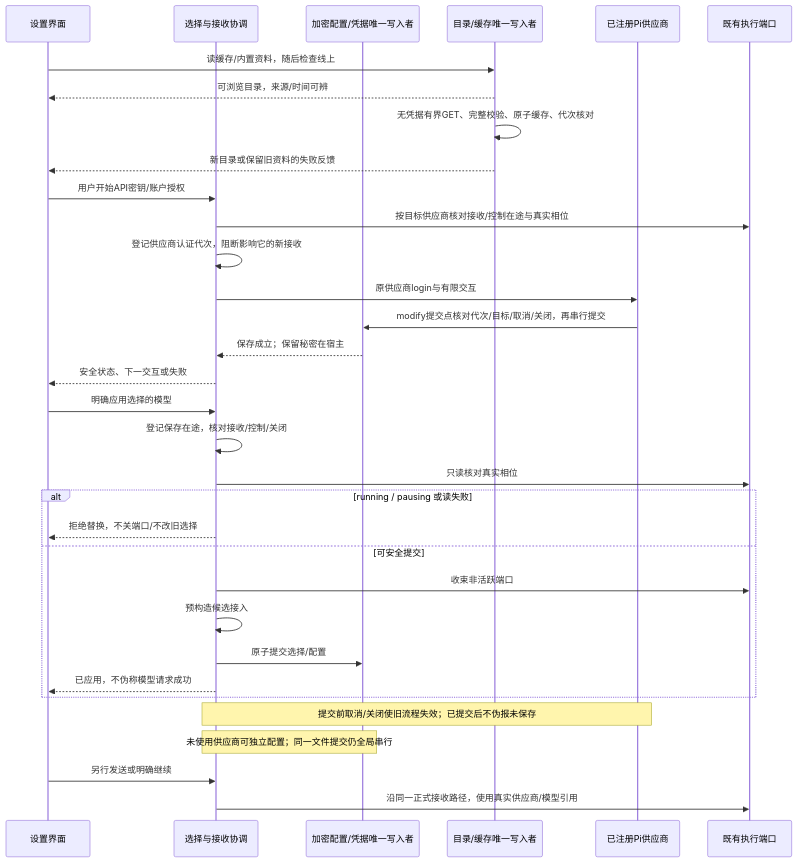
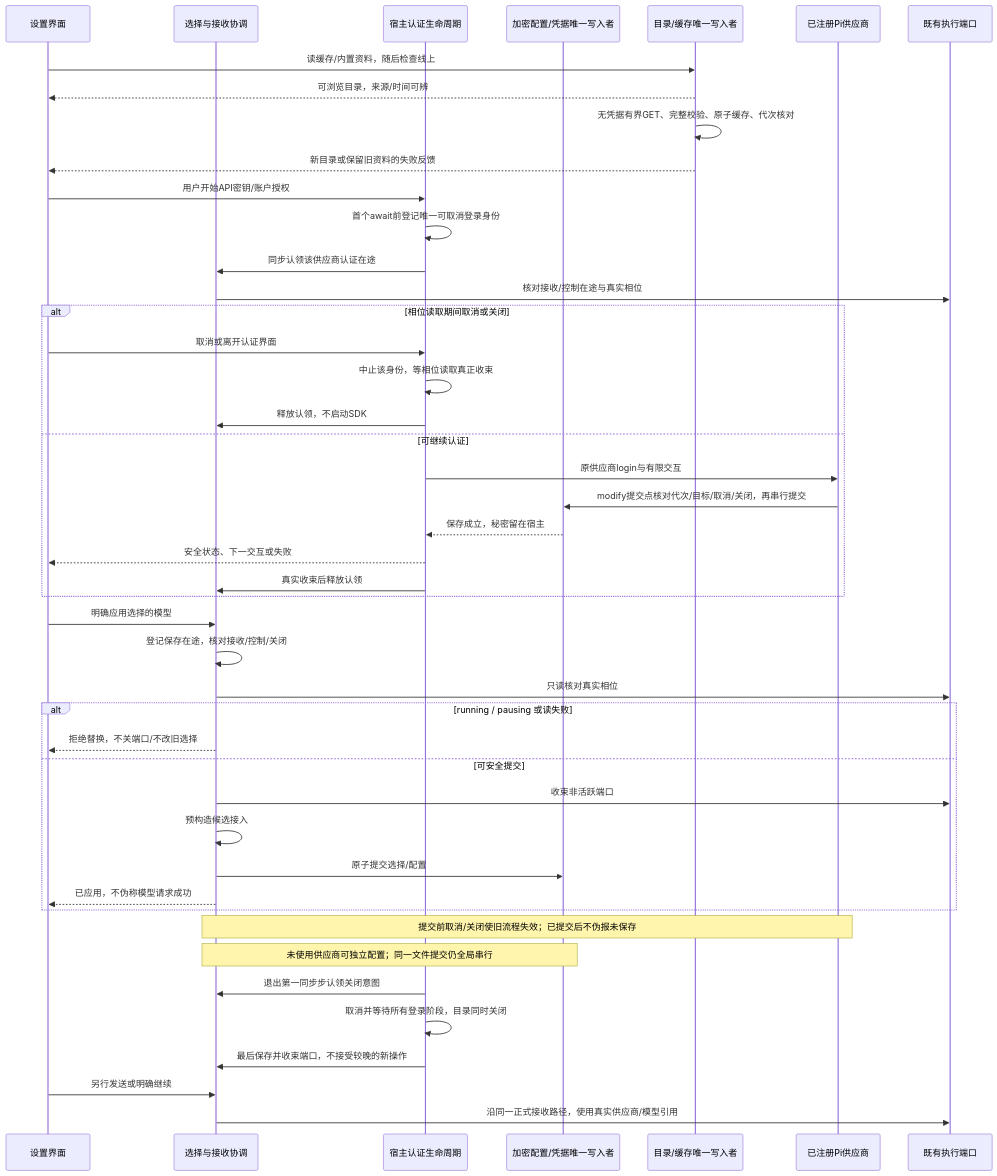
One commit to ssdiwu/dcode changed diagram 14 of 22 in doc/架构约定.md. Above: the diagram before and after it, drawn with Mermaid. The commit also changed other lines of this file and 225 other files, not shown here.

````diff
--- a/doc/架构约定.md
+++ b/doc/架构约定.md
@@ -225,35 +400,47 @@
 ```mermaid
 sequenceDiagram
     participant UI as 设置界面
     participant App as 选择与接收协调
+    participant Host as 宿主认证生命周期
     participant Cred as 加密配置/凭据唯一写入者
     participant Cat as 目录/缓存唯一写入者
     participant SDK as 已注册Pi供应商
     participant Port as 既有执行端口
     UI->>Cat: 读缓存/内置资料，随后检查线上
     Cat-->>UI: 可浏览目录，来源/时间可辨
     Cat->>Cat: 无凭据有界GET、完整校验、原子缓存、代次核对
     Cat-->>UI: 新目录或保留旧资料的失败反馈
-    UI->>App: 用户开始API密钥/账户授权
-    App->>Port: 按目标供应商核对接收/控制在途与真实相位
-    App->>App: 登记供应商认证代次，阻断影响它的新接收
-    App->>SDK: 原供应商login与有限交互
-    SDK->>Cred: modify提交点核对代次/目标/取消/关闭，再串行提交
-    Cred-->>App: 保存成立；保留秘密在宿主
-    App-->>UI: 安全状态、下一交互或失败
+    UI->>Host: 用户开始API密钥/账户授权
+    Host->>Host: 首个await前登记唯一可取消登录身份
+    Host->>App: 同步认领该供应商认证在途
+    App->>Port: 核对接收/控制在途与真实相位
+    alt 相位读取期间取消或关闭
+        UI->>Host: 取消或离开认证界面
+        Host->>Host: 中止该身份，等相位读取真正收束
+        Host->>App: 释放认领，不启动SDK
+    else 可继续认证
+        Host->>SDK: 原供应商login与有限交互
+        SDK->>Cred: modify提交点核对代次/目标/取消/关闭，再串行提交
+        Cred-->>Host: 保存成立，秘密留在宿主
+        Host-->>UI: 安全状态、下一交互或失败
+        Host->>App: 真实收束后释放认领
+    end
     UI->>App: 明确应用选择的模型
     App->>App: 登记保存在途，核对接收/控制/关闭
     App->>Port: 只读核对真实相位
     alt running / pausing 或读失败
         App-->>UI: 拒绝替换，不关端口/不改旧选择
     else 可安全提交
         App->>Port: 收束非活跃端口
         App->>App: 预构造候选接入
         App->>Cred: 原子提交选择/配置
         App-->>UI: 已应用，不伪称模型请求成功
     end
     Note over App,SDK: 提交前取消/关闭使旧流程失效；已提交后不伪报未保存
     Note over App,Cred: 未使用供应商可独立配置；同一文件提交仍全局串行
+    Host->>App: 退出第一同步步认领关闭意图
+    Host->>Host: 取消并等待所有登录阶段，目录同时关闭
+    Host->>App: 最后保存并收束端口，不接受较晚的新操作
     UI->>App: 另行发送或明确继续
     App->>Port: 沿同一正式接收路径，使用真实供应商/模型引用
 ```
````
